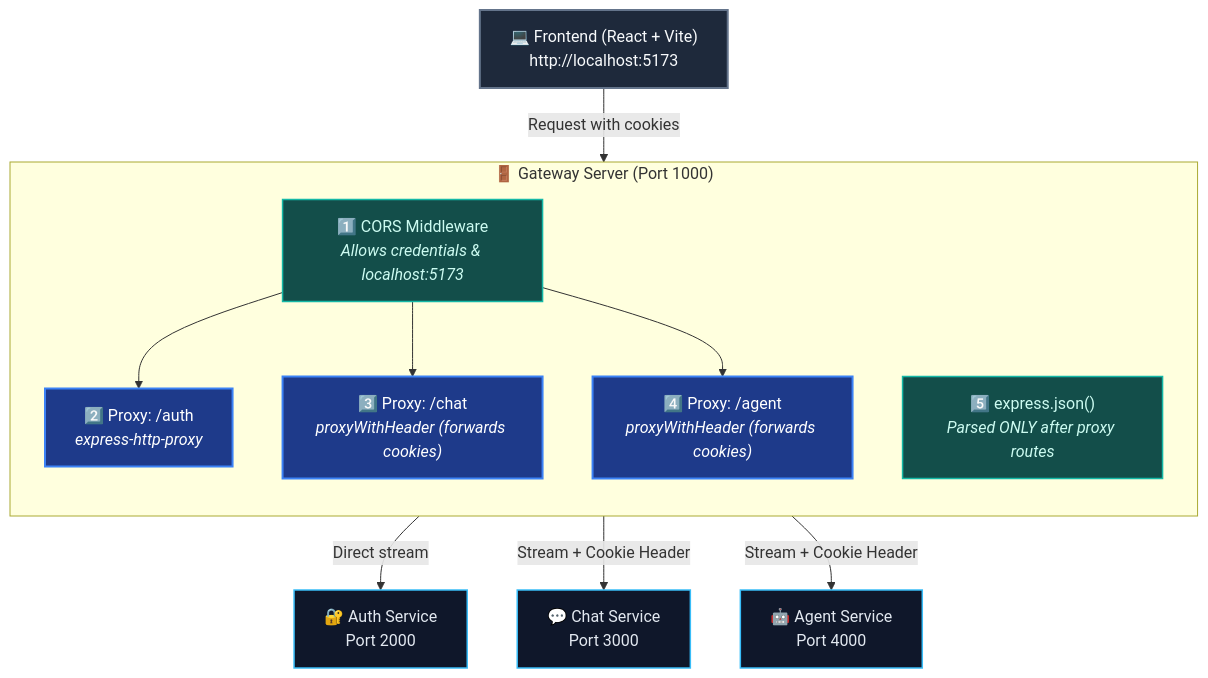
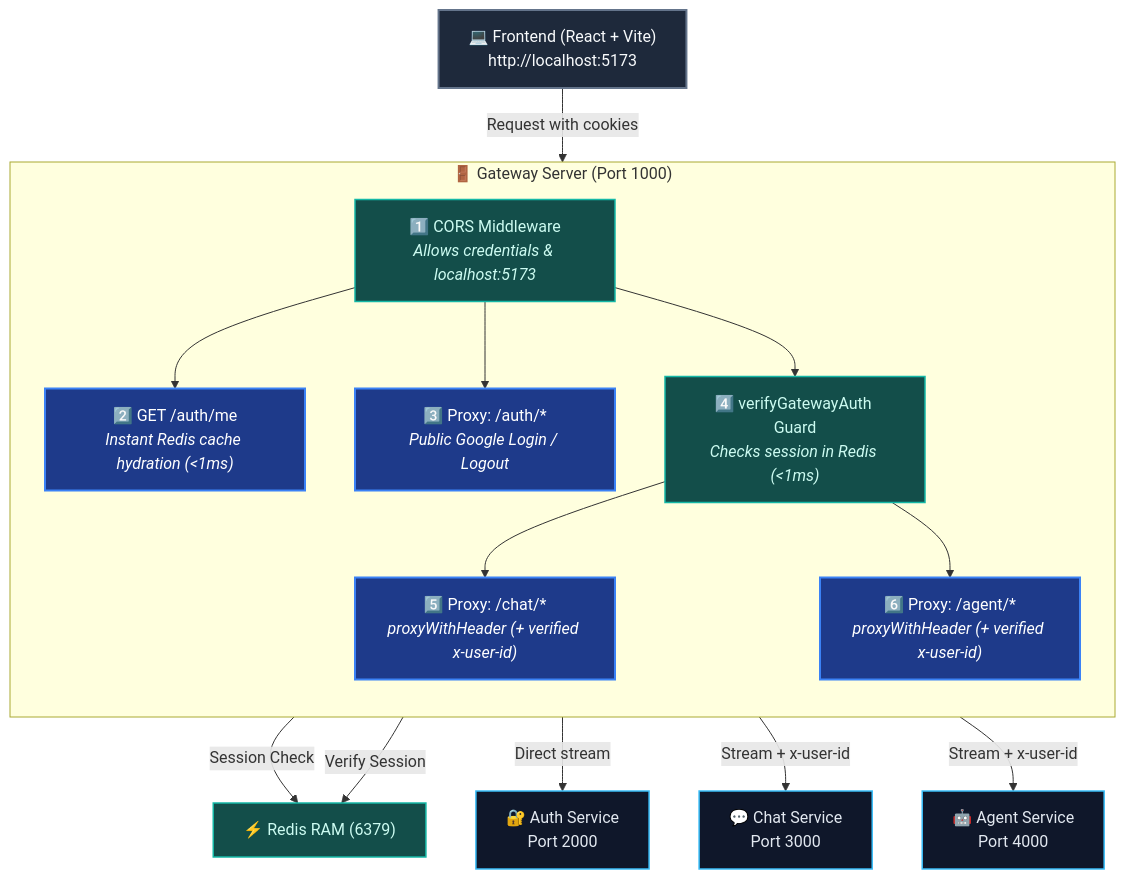
Before and after one commit to itscoderprince/Agentic-ai: the diagram in backend/services/gateway/README.md, drawn with Mermaid. The commit also changed other lines of this file and 31 other files, not shown here.

First line of the commit message:
feat(chat, gateway, auth): add Zod validation, edge auth guard, and cascade chat deletion

````diff
--- a/backend/services/gateway/README.md
+++ b/backend/services/gateway/README.md
@@ -11,28 +11,32 @@
 ```mermaid
 flowchart TD
     %% Styling
     classDef client fill:#1e293b,stroke:#64748b,stroke-width:2px,color:#f8fafc;
     classDef gateway fill:#1e3a8a,stroke:#3b82f6,stroke-width:2px,color:#ffffff;
     classDef middleware fill:#134e4a,stroke:#14b8a6,stroke-width:1.5px,color:#ccfbf1;
     classDef service fill:#0f172a,stroke:#38bdf8,stroke-width:1.5px,color:#e2e8f0;
 
     CLIENT["💻 Frontend (React + Vite)<br/>http://localhost:5173"]:::client
 
     subgraph GatewayScope ["🚪 Gateway Server (Port 1000)"]
         direction TB
         CORS["1️⃣ CORS Middleware<br/><i>Allows credentials & localhost:5173</i>"]:::middleware
-        PROXY_AUTH["2️⃣ Proxy: /auth<br/><i>express-http-proxy</i>"]:::gateway
-        PROXY_CHAT["3️⃣ Proxy: /chat<br/><i>proxyWithHeader (forwards cookies)</i>"]:::gateway
-        PROXY_AGENT["4️⃣ Proxy: /agent<br/><i>proxyWithHeader (forwards cookies)</i>"]:::gateway
-        BODY_PARSER["5️⃣ express.json()<br/><i>Parsed ONLY after proxy routes</i>"]:::middleware
+        GET_ME["2️⃣ GET /auth/me<br/><i>Instant Redis cache hydration (<1ms)</i>"]:::gateway
+        PROXY_AUTH["3️⃣ Proxy: /auth/*<br/><i>Public Google Login / Logout</i>"]:::gateway
+        AUTH_GUARD["4️⃣ verifyGatewayAuth Guard<br/><i>Checks session in Redis (<1ms)</i>"]:::middleware
+        PROXY_CHAT["5️⃣ Proxy: /chat/*<br/><i>proxyWithHeader (+ verified x-user-id)</i>"]:::gateway
+        PROXY_AGENT["6️⃣ Proxy: /agent/*<br/><i>proxyWithHeader (+ verified x-user-id)</i>"]:::gateway
     end
 
     AUTH_SVC["🔐 Auth Service<br/>Port 2000"]:::service
     CHAT_SVC["💬 Chat Service<br/>Port 3000"]:::service
     AGENT_SVC["🤖 Agent Service<br/>Port 4000"]:::service
+    REDIS["⚡ Redis RAM (6379)"]:::middleware
 
     CLIENT -->|"Request with cookies"| CORS
+    CORS --> GET_ME -->|"Session Check"| REDIS
     CORS --> PROXY_AUTH -->|Direct stream| AUTH_SVC
-    CORS --> PROXY_CHAT -->|Stream + Cookie Header| CHAT_SVC
-    CORS --> PROXY_AGENT -->|Stream + Cookie Header| AGENT_SVC
+    CORS --> AUTH_GUARD -->|"Verify Session"| REDIS
+    AUTH_GUARD --> PROXY_CHAT -->|Stream + x-user-id| CHAT_SVC
+    AUTH_GUARD --> PROXY_AGENT -->|Stream + x-user-id| AGENT_SVC
 ```
````
